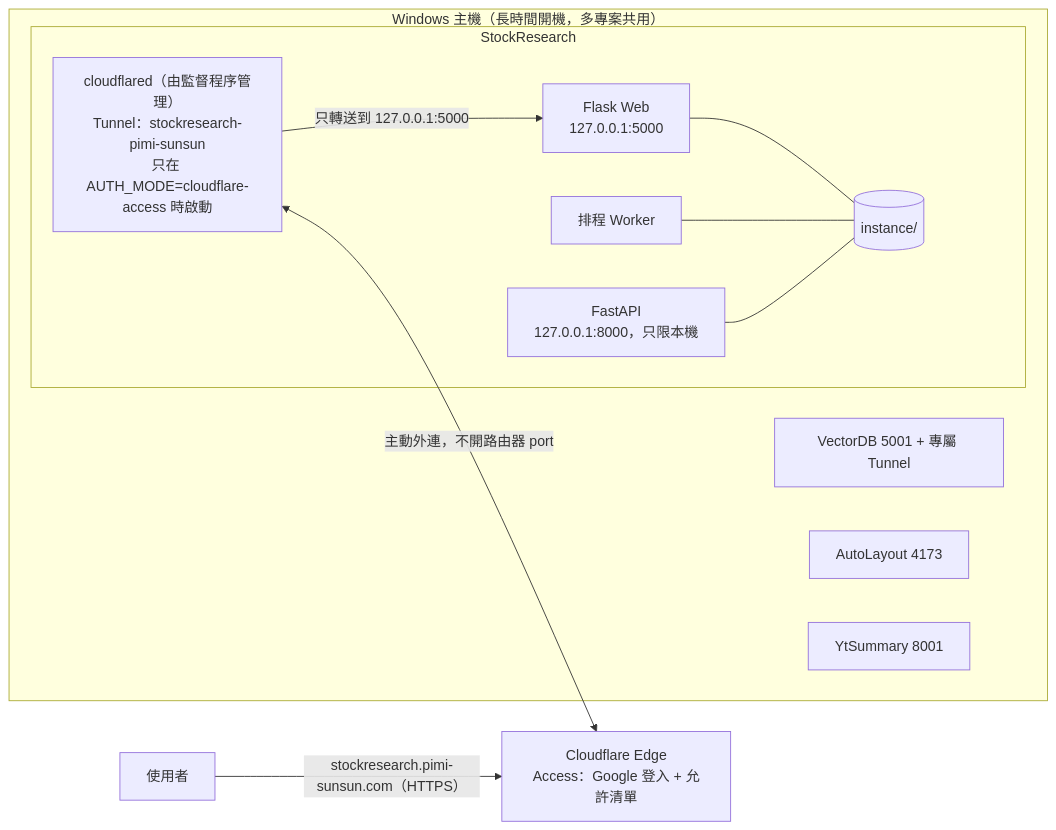
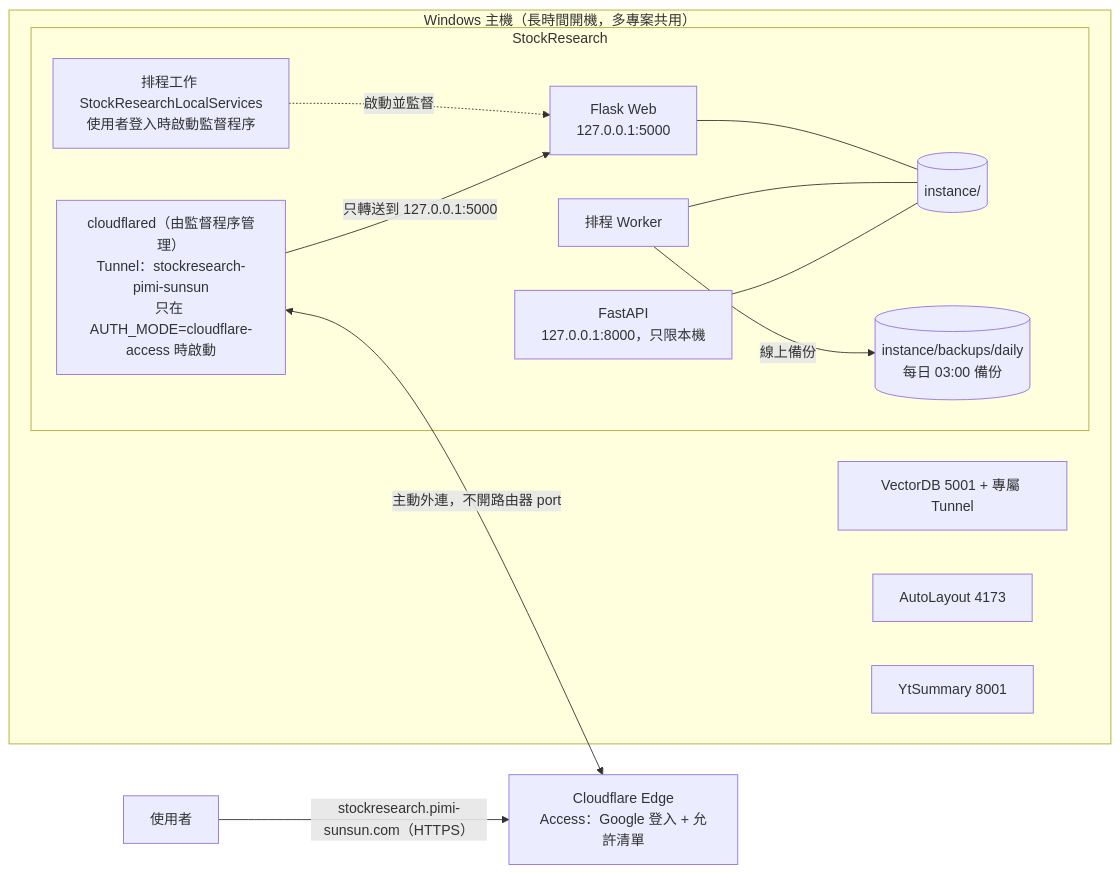
The sixth of 6 diagrams in docs/system_architecture.md (ryan73093/StockResearch), drawn with Mermaid before and after one commit. The commit also changed other lines of this file and 22 other files, not shown here.

````diff
--- a/docs/system_architecture.md
+++ b/docs/system_architecture.md
@@ -179,24 +183,28 @@
 ```mermaid
 flowchart LR
     subgraph HOST["Windows 主機（長時間開機，多專案共用）"]
       subgraph SR["StockResearch"]
         WEBAPP["Flask Web<br/>127.0.0.1:5000"]
         WORKER["排程 Worker"]
         APIAPP["FastAPI<br/>127.0.0.1:8000，只限本機"]
         DB[(instance/)]
+        BKDIR[("instance/backups/daily<br/>每日 03:00 備份")]
         TUN_SR["cloudflared（由監督程序管理）<br/>Tunnel：stockresearch-pimi-sunsun<br/>只在 AUTH_MODE=cloudflare-access 時啟動"]
+        TASK["排程工作 StockResearchLocalServices<br/>使用者登入時啟動監督程序"]
       end
       VDB["VectorDB 5001 + 專屬 Tunnel"]
       AL["AutoLayout 4173"]
       YT["YtSummary 8001"]
     end
     EDGE["Cloudflare Edge<br/>Access：Google 登入 + 允許清單"]
     PHONE[使用者]
 
     WEBAPP --- DB
     WORKER --- DB
     APIAPP --- DB
+    WORKER -->|線上備份| BKDIR
+    TASK -.->|啟動並監督| WEBAPP
     TUN_SR -->|只轉送到 127.0.0.1:5000| WEBAPP
     TUN_SR <-->|主動外連，不開路由器 port| EDGE
     PHONE -->|"stockresearch.pimi-sunsun.com（HTTPS）"| EDGE
 ```
````
